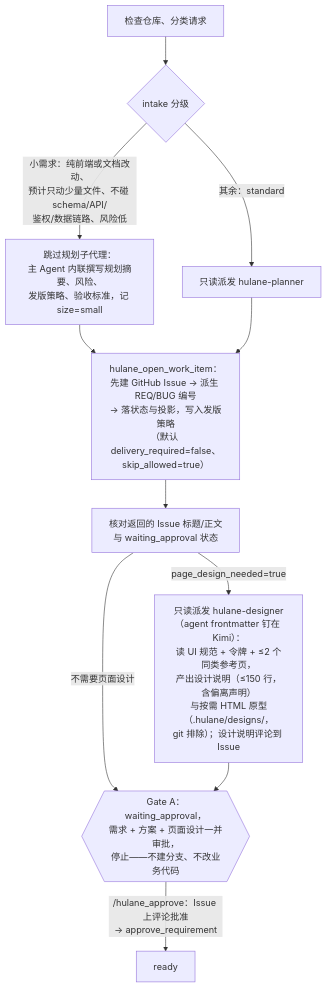
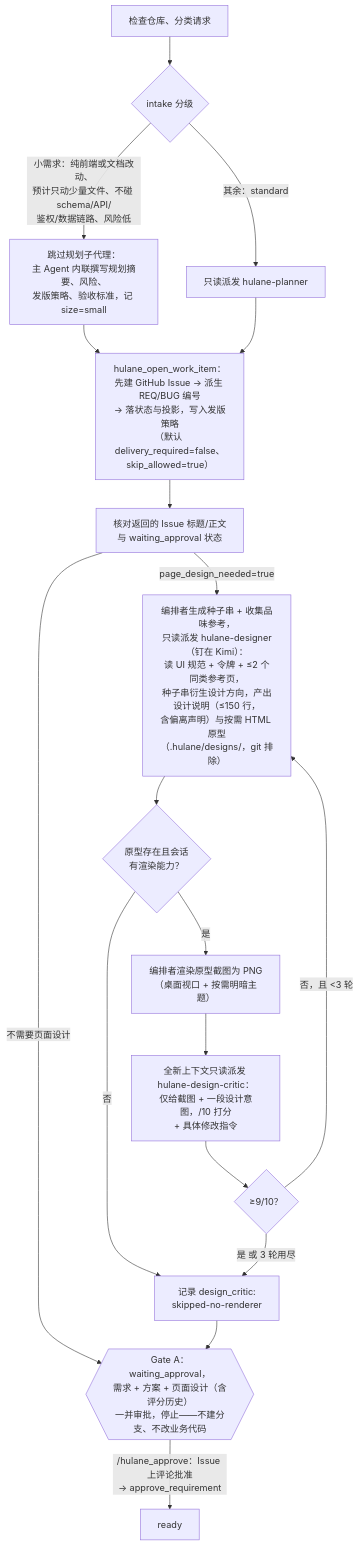
Before and after one commit to hutong236/hutong-zcode-marketplace: the second of 10 diagrams in FLOWCHARTS.md, drawn with Mermaid. The commit also changed other lines of this file and 12 other files, not shown here.

First line of the commit message:
feat(hulane): 页面设计重构为评估回环并新增 hulane-design-critic（V3.5.0）

````diff
--- a/FLOWCHARTS.md
+++ b/FLOWCHARTS.md
@@ -34,13 +34,20 @@
 ```mermaid
 flowchart TD
   CL["检查仓库、分类请求"] --> SZ{"intake 分级"}
   SZ -->|"小需求：纯前端或文档改动、<br>预计只动少量文件、不碰 schema/API/<br>鉴权/数据链路、风险低"| SM["跳过规划子代理：<br>主 Agent 内联撰写规划摘要、风险、<br>发版策略、验收标准，记 size=small"]
   SZ -->|"其余：standard"| PLN["只读派发 hulane-planner"]
   SM --> OWI["hulane_open_work_item：<br>先建 GitHub Issue → 派生 REQ/BUG 编号<br>→ 落状态与投影，写入发版策略<br>（默认 delivery_required=false、skip_allowed=true）"]
   PLN --> OWI
   OWI --> V["核对返回的 Issue 标题/正文<br>与 waiting_approval 状态"]
-  V -->|"page_design_needed=true"| DSN["只读派发 hulane-designer<br>（agent frontmatter 钉在 Kimi）：<br>读 UI 规范 + 令牌 + ≤2 个同类参考页，<br>产出设计说明（≤150 行，含偏离声明）<br>与按需 HTML 原型（.hulane/designs/，<br>git 排除）；设计说明评论到 Issue"]
+  V -->|"page_design_needed=true"| DSN["编排者生成种子串 + 收集品味参考，<br>只读派发 hulane-designer（钉在 Kimi）：<br>读 UI 规范 + 令牌 + ≤2 个同类参考页，<br>种子串衍生设计方向，产出设计说明（≤150 行，<br>含偏离声明）与按需 HTML 原型<br>（.hulane/designs/，git 排除）"]
   V -->|"不需要页面设计"| GA
-  DSN --> GA{{"Gate A：waiting_approval，<br>需求 + 方案 + 页面设计一并审批，<br>停止——不建分支、不改业务代码"}}
+  DSN --> CRT{"原型存在且会话<br>有渲染能力？"}
+  CRT -->|否| NT["记录 design_critic:<br>skipped-no-renderer"]
+  CRT -->|是| SHOT["编排者渲染原型截图为 PNG<br>（桌面视口 + 按需明暗主题）"]
+  SHOT --> CR["全新上下文只读派发 hulane-design-critic：<br>仅给截图 + 一段设计意图，/10 打分<br>+ 具体修改指令"]
+  CR --> SC{"≥9/10？"}
+  SC -->|否，且 <3 轮| DSN
+  SC -->|是 或 3 轮用尽| NT
+  NT --> GA{{"Gate A：waiting_approval，<br>需求 + 方案 + 页面设计（含评分历史）<br>一并审批，停止——不建分支、不改业务代码"}}
   GA -->|"/hulane_approve：Issue 上评论批准<br>→ approve_requirement"| RDY["ready"]
 ```
````
